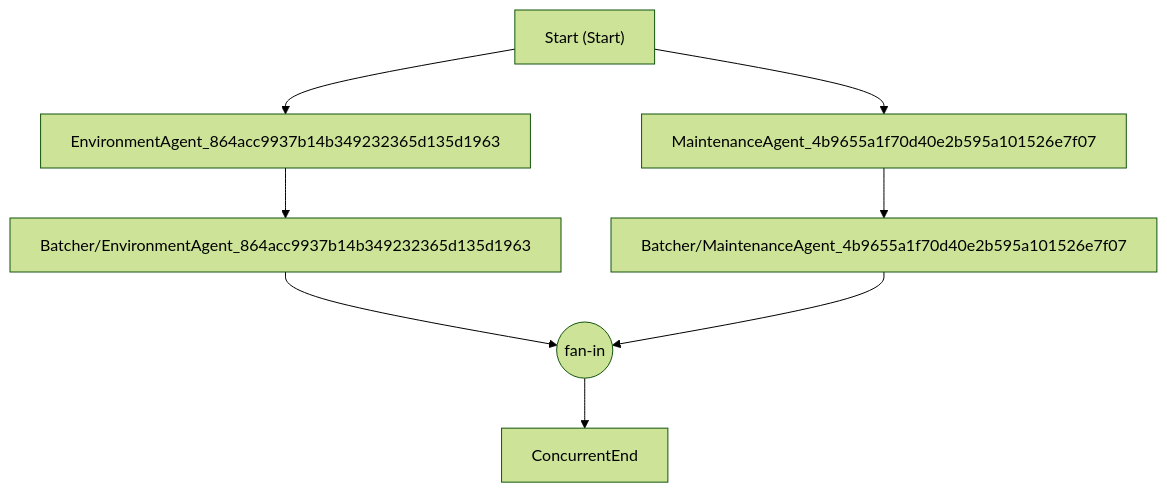
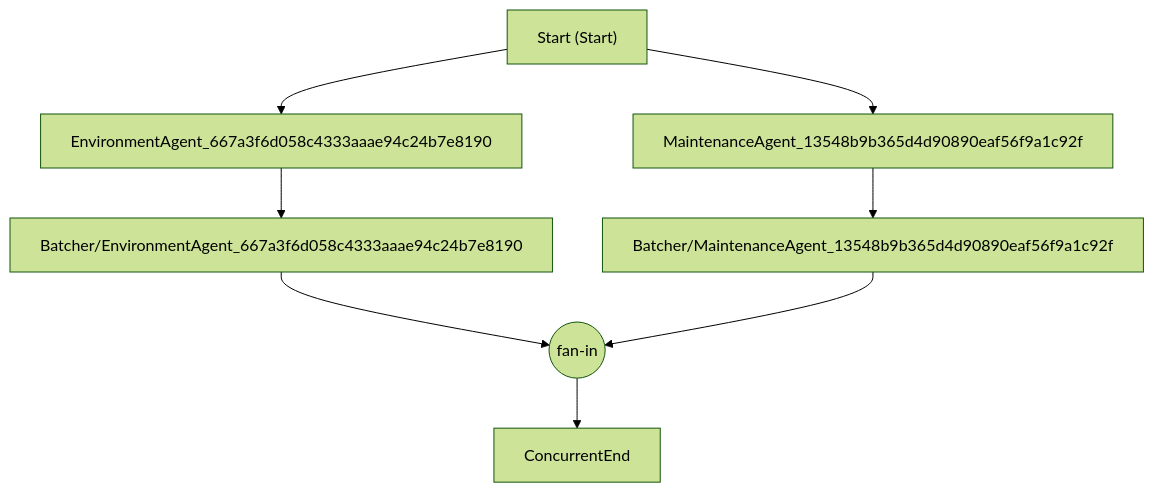
Before and after one commit to dcostea/AgentFrameworkBook: the diagram in 12.AgentsOrchestration/ConcurrentOrchestration/workflow.md, drawn with Mermaid (forest theme). The commit also changed 22 other files, not shown here.

````diff
--- a/12.AgentsOrchestration/ConcurrentOrchestration/workflow.md
+++ b/12.AgentsOrchestration/ConcurrentOrchestration/workflow.md
@@ -3,18 +3,18 @@
 ```mermaid
 flowchart TD
   Start["Start (Start)"];
-  MaintenanceAgent_4b9655a1f70d40e2b595a101526e7f07["MaintenanceAgent_4b9655a1f70d40e2b595a101526e7f07"];
-  EnvironmentAgent_864acc9937b14b349232365d135d1963["EnvironmentAgent_864acc9937b14b349232365d135d1963"];
-  Batcher_MaintenanceAgent_4b9655a1f70d40e2b595a101526e7f07["Batcher/MaintenanceAgent_4b9655a1f70d40e2b595a101526e7f07"];
-  Batcher_EnvironmentAgent_864acc9937b14b349232365d135d1963["Batcher/EnvironmentAgent_864acc9937b14b349232365d135d1963"];
+  MaintenanceAgent_13548b9b365d4d90890eaf56f9a1c92f["MaintenanceAgent_13548b9b365d4d90890eaf56f9a1c92f"];
+  EnvironmentAgent_667a3f6d058c4333aaae94c24b7e8190["EnvironmentAgent_667a3f6d058c4333aaae94c24b7e8190"];
+  Batcher_MaintenanceAgent_13548b9b365d4d90890eaf56f9a1c92f["Batcher/MaintenanceAgent_13548b9b365d4d90890eaf56f9a1c92f"];
+  Batcher_EnvironmentAgent_667a3f6d058c4333aaae94c24b7e8190["Batcher/EnvironmentAgent_667a3f6d058c4333aaae94c24b7e8190"];
   ConcurrentEnd["ConcurrentEnd"];
 
-  fan_in_ConcurrentEnd_A9D40AE8((fan-in))
-  Batcher_EnvironmentAgent_864acc9937b14b349232365d135d1963 --> fan_in_ConcurrentEnd_A9D40AE8;
-  Batcher_MaintenanceAgent_4b9655a1f70d40e2b595a101526e7f07 --> fan_in_ConcurrentEnd_A9D40AE8;
-  fan_in_ConcurrentEnd_A9D40AE8 --> ConcurrentEnd;
-  Start --> MaintenanceAgent_4b9655a1f70d40e2b595a101526e7f07;
-  Start --> EnvironmentAgent_864acc9937b14b349232365d135d1963;
-  MaintenanceAgent_4b9655a1f70d40e2b595a101526e7f07 --> Batcher_MaintenanceAgent_4b9655a1f70d40e2b595a101526e7f07;
-  EnvironmentAgent_864acc9937b14b349232365d135d1963 --> Batcher_EnvironmentAgent_864acc9937b14b349232365d135d1963;
+  fan_in_ConcurrentEnd_BD41C658((fan-in))
+  Batcher_EnvironmentAgent_667a3f6d058c4333aaae94c24b7e8190 --> fan_in_ConcurrentEnd_BD41C658;
+  Batcher_MaintenanceAgent_13548b9b365d4d90890eaf56f9a1c92f --> fan_in_ConcurrentEnd_BD41C658;
+  fan_in_ConcurrentEnd_BD41C658 --> ConcurrentEnd;
+  Start --> MaintenanceAgent_13548b9b365d4d90890eaf56f9a1c92f;
+  Start --> EnvironmentAgent_667a3f6d058c4333aaae94c24b7e8190;
+  MaintenanceAgent_13548b9b365d4d90890eaf56f9a1c92f --> Batcher_MaintenanceAgent_13548b9b365d4d90890eaf56f9a1c92f;
+  EnvironmentAgent_667a3f6d058c4333aaae94c24b7e8190 --> Batcher_EnvironmentAgent_667a3f6d058c4333aaae94c24b7e8190;
 ```
````
